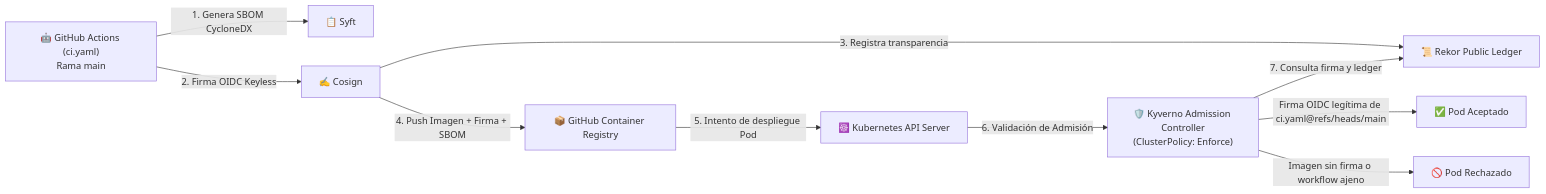
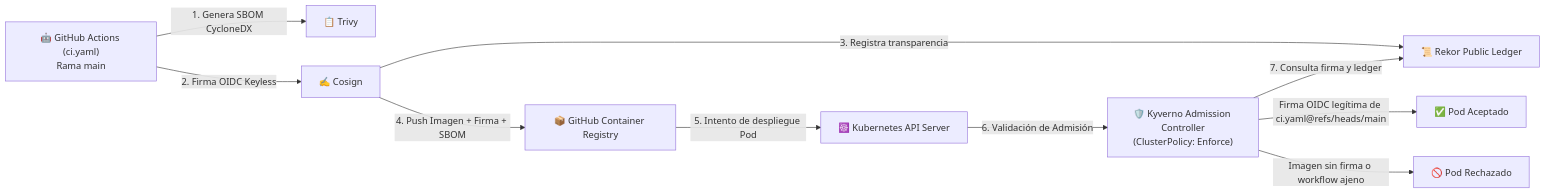
One commit to rocapellino/pokedex changed the second of 2 diagrams in docs/architecture/SECURITY_AND_NETWORK_ISOLATION.md. Above: the diagram before and after it, drawn with Mermaid. The commit also changed other lines of this file and 25 other files, not shown here.

````diff
--- a/docs/architecture/SECURITY_AND_NETWORK_ISOLATION.md
+++ b/docs/architecture/SECURITY_AND_NETWORK_ISOLATION.md
@@ -202,13 +202,13 @@
 ```mermaid
 flowchart LR
-    GH_ACTIONS["🤖 GitHub Actions (ci.yaml)\nRama main"] -->|1. Genera SBOM CycloneDX| SYFT["📋 Syft"]
+    GH_ACTIONS["🤖 GitHub Actions (ci.yaml)\nRama main"] -->|1. Genera SBOM CycloneDX| TRIVY["📋 Trivy"]
     GH_ACTIONS -->|2. Firma OIDC Keyless| COSIGN["✍️ Cosign"]
     COSIGN -->|3. Registra transparencia| REKOR["📜 Rekor Public Ledger"]
     COSIGN -->|4. Push Imagen + Firma + SBOM| GHCR["📦 GitHub Container Registry"]
 
     GHCR -->|5. Intento de despliegue Pod| K8S_API["☸️ Kubernetes API Server"]
     K8S_API -->|6. Validación de Admisión| KYVERNO["🛡️ Kyverno Admission Controller\n(ClusterPolicy: Enforce)"]
     KYVERNO -->|7. Consulta firma y ledger| REKOR
     KYVERNO -->|Firma OIDC legítima de ci.yaml@refs/heads/main| ADMIT["✅ Pod Aceptado"]
     KYVERNO -->|Imagen sin firma o workflow ajeno| REJECT["🚫 Pod Rechazado"]
 ```
````
